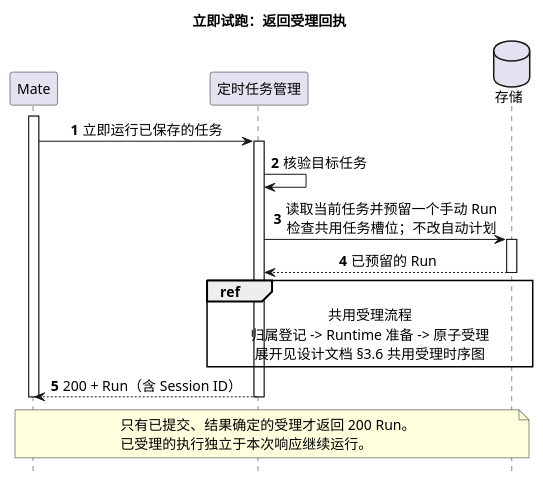
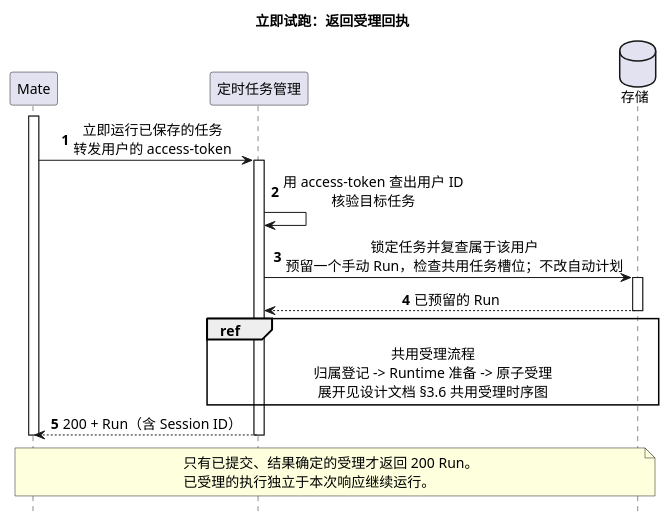
The fourth of 8 diagrams in 01-总体架构/08-CampusClaw定时任务/diagram.puml (ssm0808/pi-mono-java-design), drawn with PlantUML before and after one commit. The commit also changed other lines of this file and 32 other files, not shown here.

First line of the commit message:
定时任务：去掉 Mate t_schedule，任务归属只在 Claw user_id

```diff
--- a/01-总体架构/08-CampusClaw定时任务/diagram.puml
+++ b/01-总体架构/08-CampusClaw定时任务/diagram.puml
@@ -245,35 +247,35 @@
 @startuml schedule_manual_run
 ' Java 基线：553dcd5e2ff682f9684810a043b442b37a02e54a；2026-10-08 拉取 main（未变化）。
 ' 源码：modules/cron/src/main/java/com/campusclaw/cron/engine/CronEngine.java triggerJob。
 ' 源码：modules/coding-agent-cli/src/main/java/com/campusclaw/codingagent/tool/cron/ManagedCronSessionRunner.java execute（旧的同步 prompt.join）。
 ' 表达方式：定时任务管理负责受理；响应不是 Runtime 完成回调。
 ' 设计原因：手动和自动入口共用受理流程和任务互斥。
 ' 目标：待实现；手动运行不移动自动计划。
 ' 表达方式：只画正常流程；失败与恢复规则见 README.md 第 5.2.1 节。
 ' 表示法：同步调用的发起方和接收方都画激活条并配返回，异步启动用开放箭头，外部触发画为来自图外的发现消息。
 title 立即试跑：返回受理回执
 hide footbox
 skinparam backgroundColor white
 skinparam defaultFontSize 14
 skinparam sequenceMessageAlign center
 participant "Mate" as Mate
 participant "定时任务管理" as Schedule
 database "存储" as Store
 autonumber
 activate Mate
-Mate -> Schedule ++ : 立即运行已保存的任务
-Schedule -> Schedule : 核验目标任务
-Schedule -> Store ++ : 读取当前任务并预留一个手动 Run\n检查共用任务槽位；不改自动计划
+Mate -> Schedule ++ : 立即运行已保存的任务\n转发用户的 access-token
+Schedule -> Schedule : 用 access-token 查出用户 ID\n核验目标任务
+Schedule -> Store ++ : 锁定任务并复查属于该用户\n预留一个手动 Run，检查共用任务槽位；不改自动计划
 return 已预留的 Run
 ref over Schedule, Store
   共用受理流程
   归属登记 -> Runtime 准备 -> 原子受理
   展开见设计文档 §3.6 共用受理时序图
 end ref
 return 200 + Run（含 Session ID）
 deactivate Mate
 note over Mate, Store
   只有已提交、结果确定的受理才返回 200 Run。
   已受理的执行独立于本次响应继续运行。
 end note
 @enduml
```
